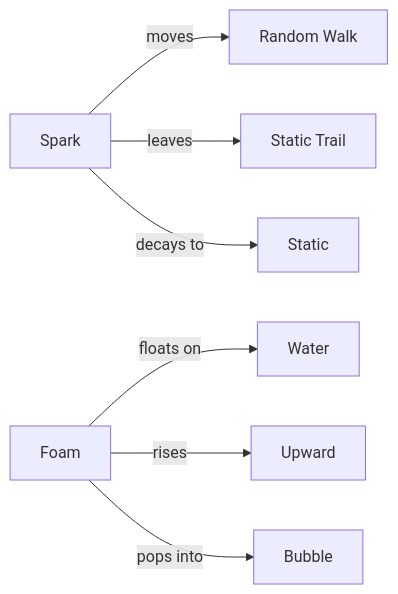
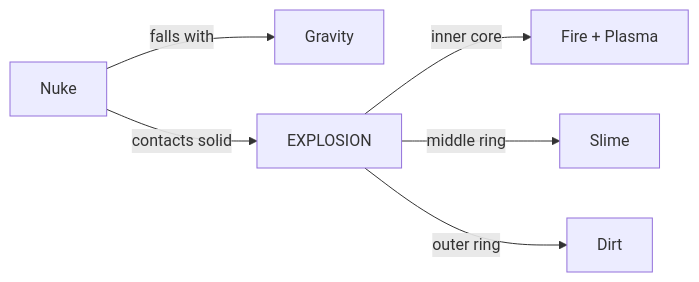
Before and after one commit to sammcgrail/clawd: diagram 16 of 16 in README.md, drawn with Mermaid. The commit also changed other lines of this file and 8 other files, not shown here.

First line of the commit message:
Replace spark/foam with NUKE - massive explosion particle

````diff
--- a/README.md
+++ b/README.md
@@ -534,10 +533,8 @@
 ```mermaid
 flowchart LR
-    Spark[Spark] -->|moves| Random[Random Walk]
-    Spark -->|leaves| Static[Static Trail]
-    Spark -->|decays to| Static2[Static]
-
-    Foam[Foam] -->|floats on| Water[Water]
-    Foam -->|rises| Up[Upward]
-    Foam -->|pops into| Bubble[Bubble]
+    Nuke[Nuke] -->|falls with| Gravity[Gravity]
+    Nuke -->|contacts solid| Explode[EXPLOSION]
+    Explode -->|inner core| Fire[Fire + Plasma]
+    Explode -->|middle ring| Slime[Slime]
+    Explode -->|outer ring| Dirt[Dirt]
 ```
````
